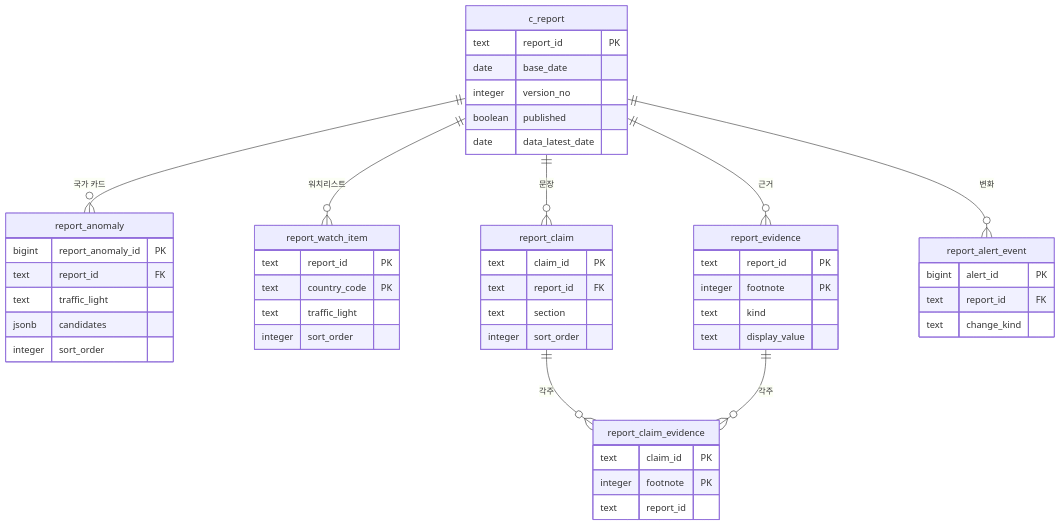
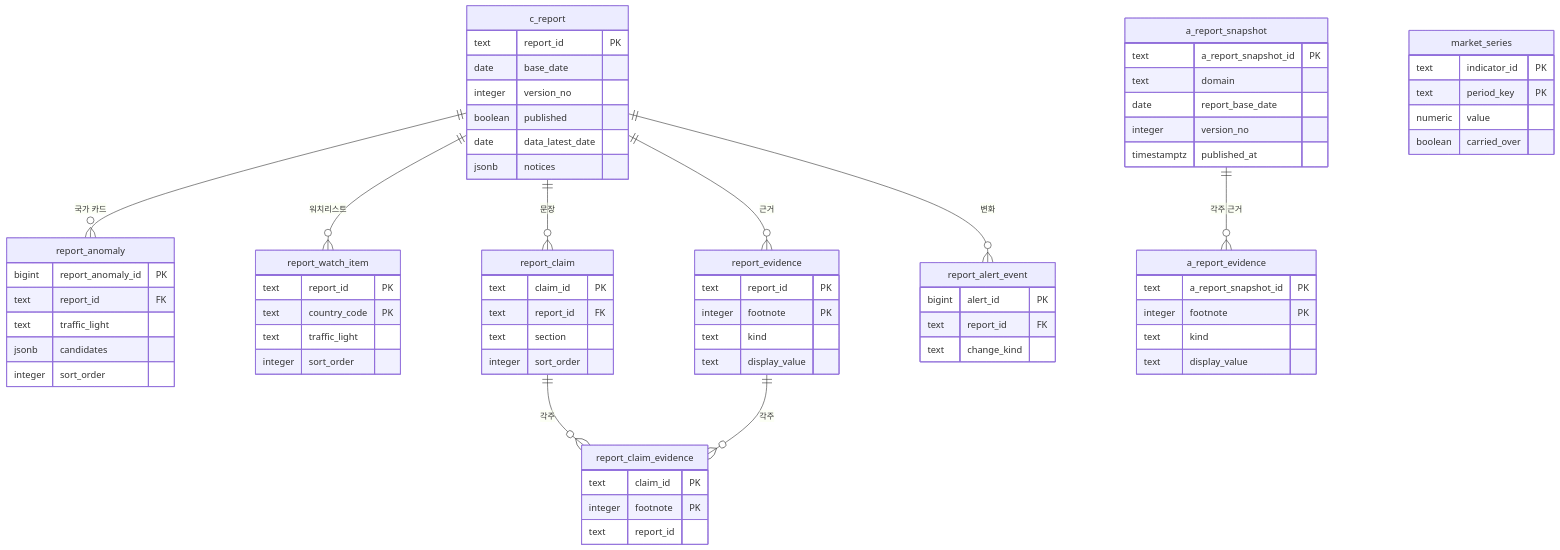
One commit to HoyoungParkme/tableau_platform changed the sixth of 7 diagrams in docs/specs/06-DOM/TBL-DOM-003.md. Above: the diagram before and after it, drawn with Mermaid. The commit also changed other lines of this file, not shown here.

Commit message:
교차 검증 지적 반영: pub에 A 리포트 게시 사본 셋 신설, c_report 안내·소스별 최신일·도메인 상태 규칙 산출물 명시, 단계 구간 지표 이름 통일, 계획 정본 칸 추가, 금지 이름 개명

````diff
--- a/docs/specs/06-DOM/TBL-DOM-003.md
+++ b/docs/specs/06-DOM/TBL-DOM-003.md
@@ -342,52 +349,73 @@
 ```mermaid
 erDiagram
   c_report {
     text report_id PK
     date base_date
     integer version_no
     boolean published
     date data_latest_date
+    jsonb notices
   }
   report_anomaly {
     bigint report_anomaly_id PK
     text report_id FK
     text traffic_light
     jsonb candidates
     integer sort_order
   }
   report_watch_item {
     text report_id PK
     text country_code PK
     text traffic_light
     integer sort_order
   }
   report_claim {
     text claim_id PK
     text report_id FK
     text section
     integer sort_order
   }
   report_evidence {
     text report_id PK
     integer footnote PK
     text kind
     text display_value
   }
   report_claim_evidence {
     text claim_id PK
     integer footnote PK
     text report_id
   }
   report_alert_event {
     bigint alert_id PK
     text report_id FK
     text change_kind
   }
+  a_report_snapshot {
+    text a_report_snapshot_id PK
+    text domain
+    date report_base_date
+    integer version_no
+    timestamptz published_at
+  }
+  a_report_evidence {
+    text a_report_snapshot_id PK
+    integer footnote PK
+    text kind
+    text display_value
+  }
+  market_series {
+    text indicator_id PK
+    text period_key PK
+    numeric value
+    boolean carried_over
+  }
   c_report ||--o{ report_anomaly : "국가 카드"
   c_report ||--o{ report_watch_item : "워치리스트"
   c_report ||--o{ report_claim : "문장"
   c_report ||--o{ report_evidence : "근거"
   c_report ||--o{ report_alert_event : "변화"
   report_claim ||--o{ report_claim_evidence : "각주"
   report_evidence ||--o{ report_claim_evidence : "각주"
+  a_report_snapshot ||--o{ a_report_evidence : "각주 근거"
 ```
````
